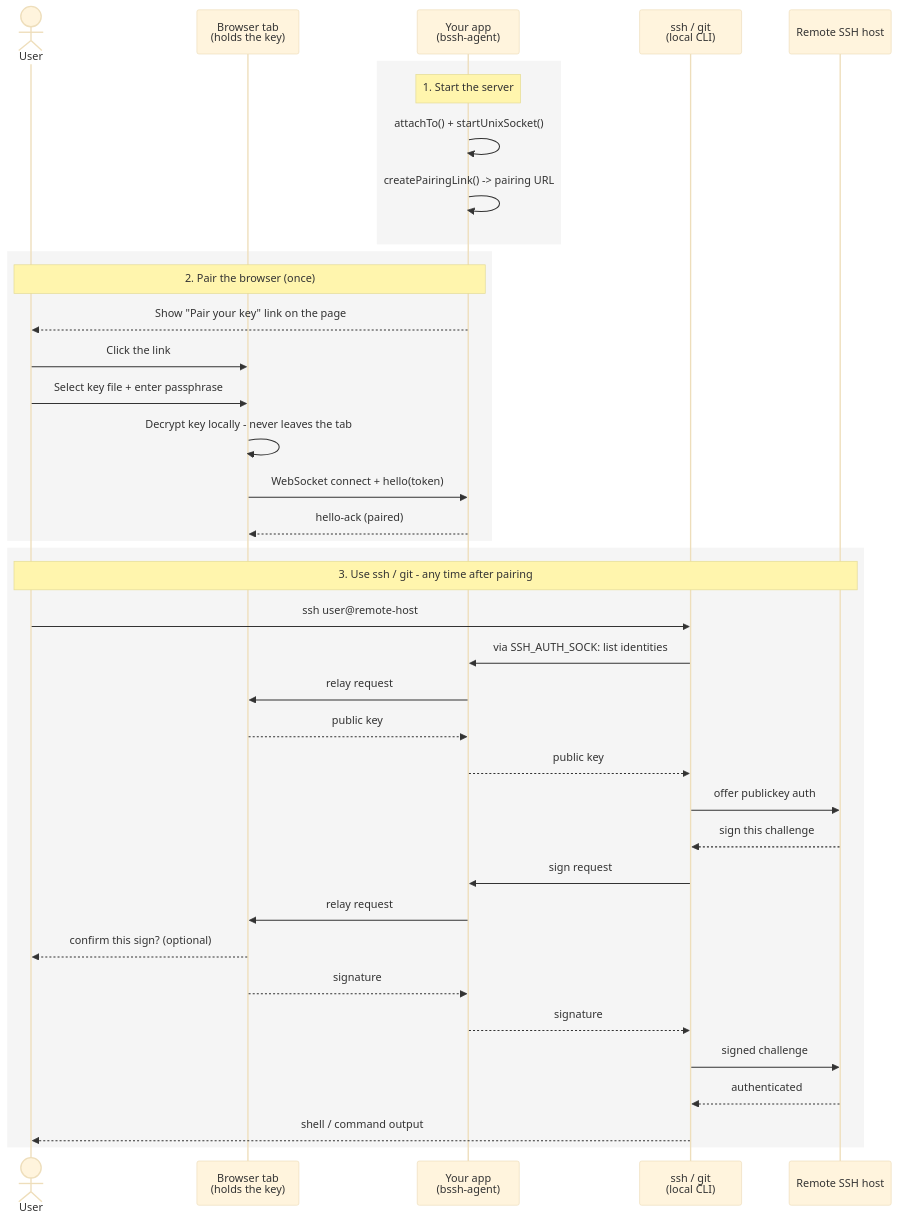
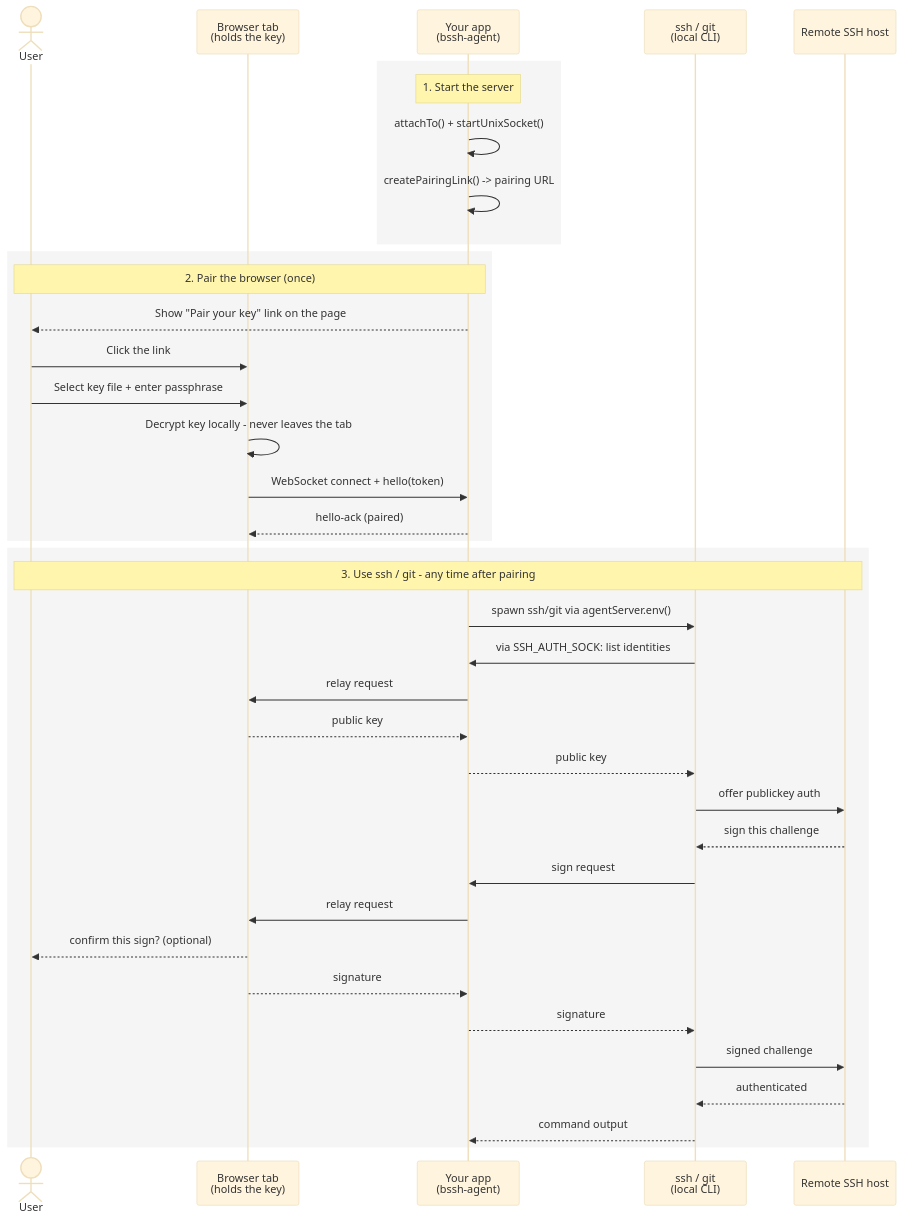
The diagram in README.ja.md (so5/browser-ssh-agent), drawn with Mermaid (base theme) before and after one commit. The commit also changed 1 other file, not shown here.

Commit message:
Diagram: phase 3 originates from "Your app", not the end user
Server->>SSH: spawn ssh/git via agentServer.env() replaces
User->>SSH: ssh user@remote-host — the diagram was implying the
library's normal use case is a human typing ssh commands directly,
when the documented primary flow (matching the Server usage example)
is the host app itself spawning ssh/git on the user's behalf after
pairing. The CLI's human-types-ssh-directly case is a real but
secondary scenario, already covered by its own section's prose.

Mirrored into README.ja.md's copy of the diagram (still English,
byte-identical to README.md).

````diff
--- a/README.ja.md
+++ b/README.ja.md
@@ -11,43 +11,43 @@
 ```mermaid
 sequenceDiagram
     actor User
     participant Browser as Browser tab<br/>(holds the key)
     participant Server as Your app<br/>(bssh-agent)
     participant SSH as ssh / git<br/>(local CLI)
     participant Remote as Remote SSH host
 
     rect rgb(245,245,245)
     Note over Server: 1. Start the server
     Server->>Server: attachTo() + startUnixSocket()
     Server->>Server: createPairingLink() -> pairing URL
     end
 
     rect rgb(245,245,245)
     Note over User,Server: 2. Pair the browser (once)
     Server-->>User: Show "Pair your key" link on the page
     User->>Browser: Click the link
     User->>Browser: Select key file + enter passphrase
     Browser->>Browser: Decrypt key locally - never leaves the tab
     Browser->>Server: WebSocket connect + hello(token)
     Server-->>Browser: hello-ack (paired)
     end
 
     rect rgb(245,245,245)
     Note over User,Remote: 3. Use ssh / git - any time after pairing
-    User->>SSH: ssh user@remote-host
+    Server->>SSH: spawn ssh/git via agentServer.env()
     SSH->>Server: via SSH_AUTH_SOCK: list identities
     Server->>Browser: relay request
     Browser-->>Server: public key
     Server-->>SSH: public key
     SSH->>Remote: offer publickey auth
     Remote-->>SSH: sign this challenge
     SSH->>Server: sign request
     Server->>Browser: relay request
     Browser-->>User: confirm this sign? (optional)
     Browser-->>Server: signature
     Server-->>SSH: signature
     SSH->>Remote: signed challenge
     Remote-->>SSH: authenticated
-    SSH-->>User: shell / command output
+    SSH-->>Server: command output
     end
 ```
````
